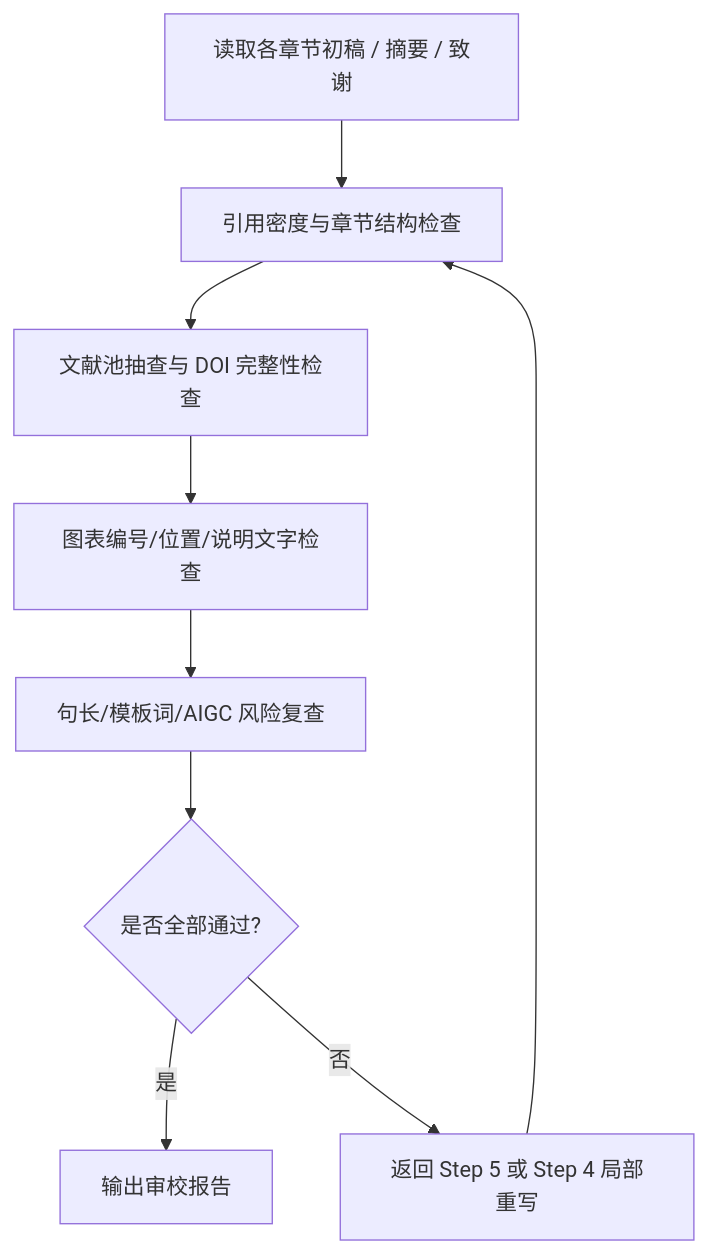
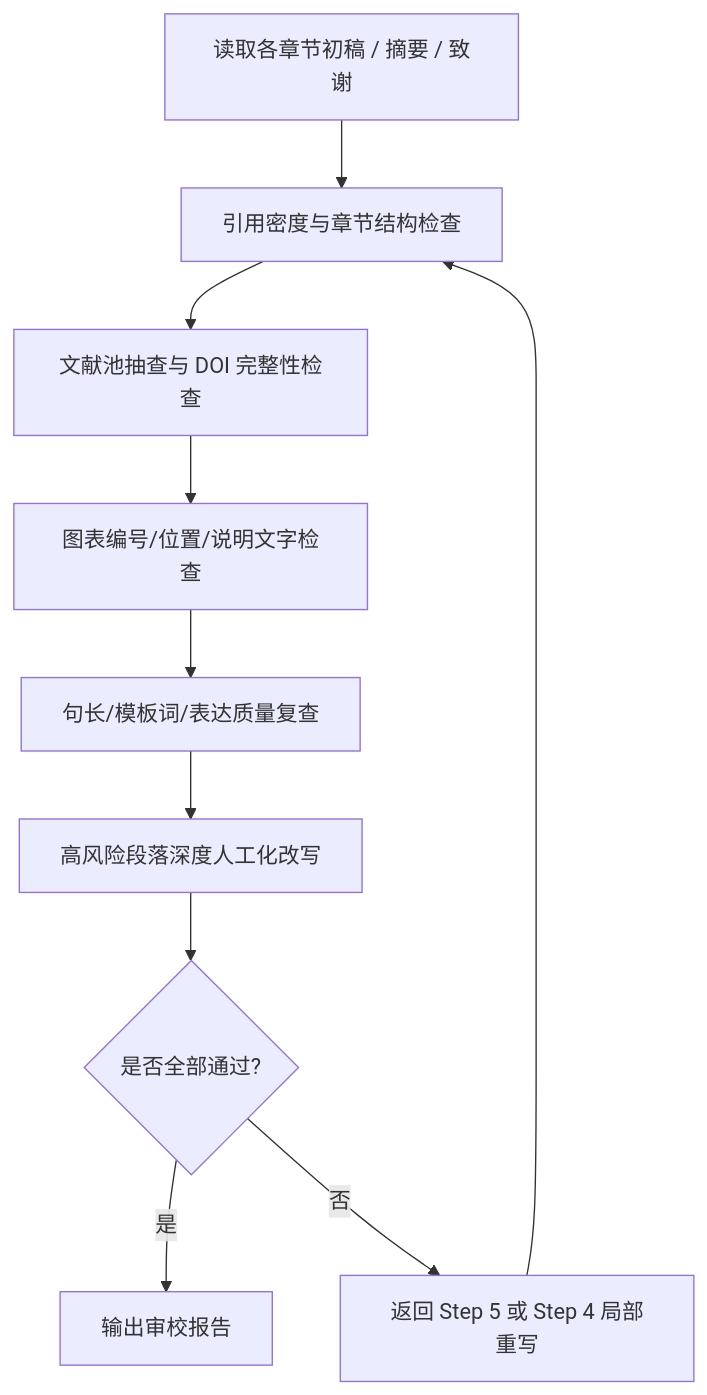
Before and after one commit to Stars-OC/thesis-creator: the diagram in workflows/step_6_review_polish.md, drawn with Mermaid. The commit also changed other lines of this file and 12 other files, not shown here.

````diff
--- a/workflows/step_6_review_polish.md
+++ b/workflows/step_6_review_polish.md
@@ -27,11 +27,12 @@
 ```mermaid
 flowchart TD
     A[读取各章节初稿 / 摘要 / 致谢] --> B[引用密度与章节结构检查]
     B --> C[文献池抽查与 DOI 完整性检查]
     C --> D[图表编号/位置/说明文字检查]
-    D --> E[句长/模板词/AIGC 风险复查]
-    E --> F{是否全部通过?}
-    F -->|是| G[输出审校报告]
-    F -->|否| H[返回 Step 5 或 Step 4 局部重写]
-    H --> B
+    D --> E[句长/模板词/表达质量复查]
+    E --> F[高风险段落深度人工化改写]
+    F --> G{是否全部通过?}
+    G -->|是| H[输出审校报告]
+    G -->|否| I[返回 Step 5 或 Step 4 局部重写]
+    I --> B
 ```
````
